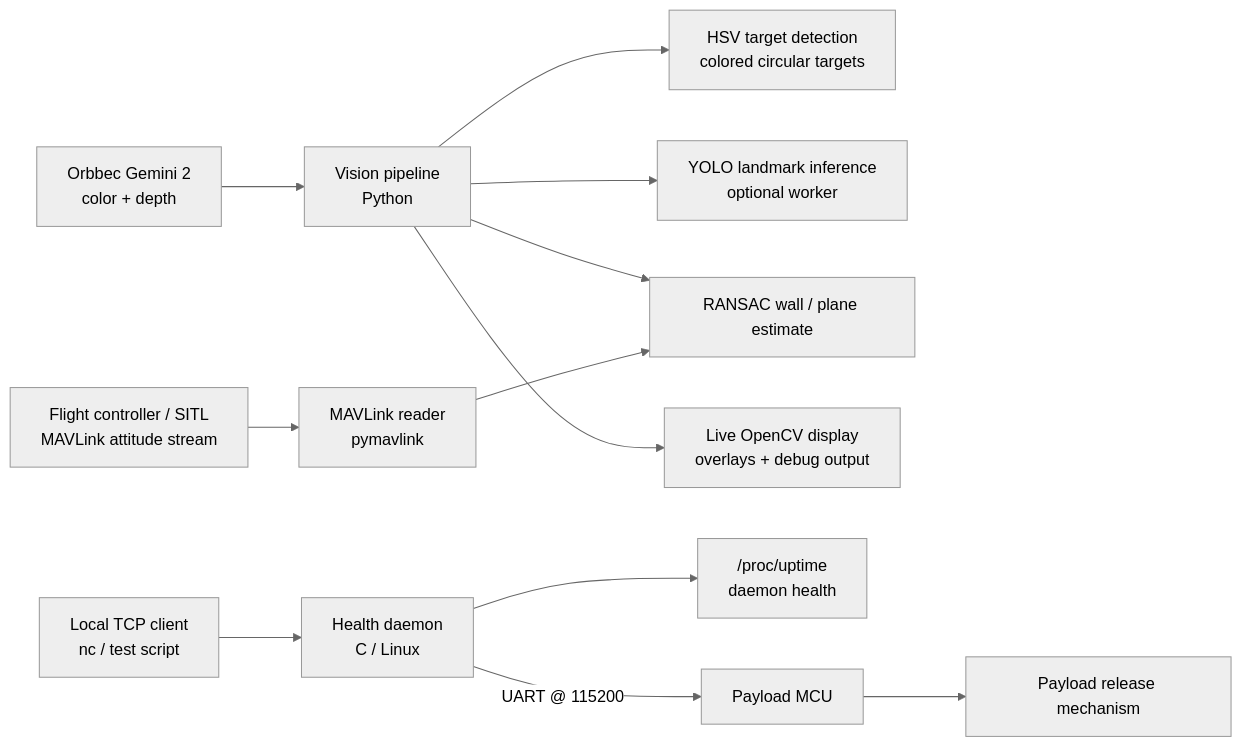
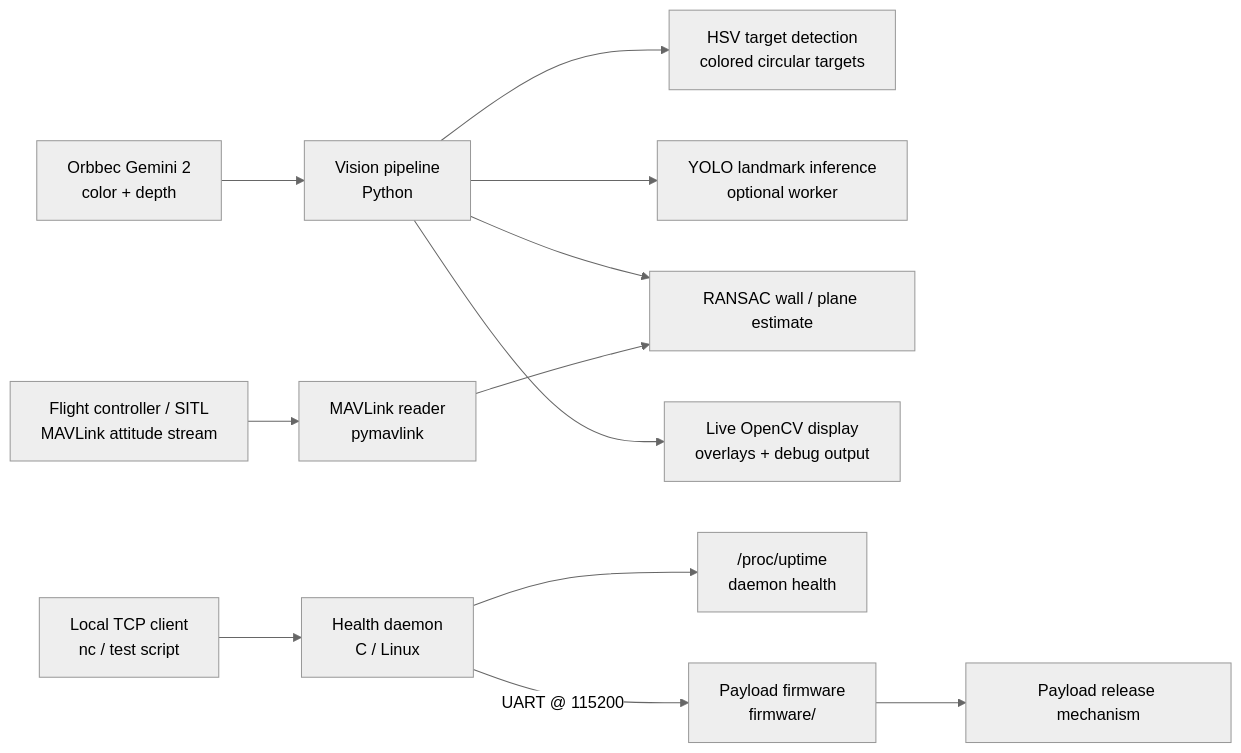
Before and after one commit to vjhawar12/drone-onboard-systems: the diagram in README.md, drawn with Mermaid (neutral theme). The commit also changed other lines of this file, not shown here.

Commit message:
docs: include firmware folder in top-level README

````diff
--- a/README.md
+++ b/README.md
@@ -38,15 +41,15 @@
 ```mermaid
 flowchart LR
     Camera["Orbbec Gemini 2<br/>color + depth"] --> Vision["Vision pipeline<br/>Python"]
     Vision --> Segmentation["HSV target detection<br/>colored circular targets"]
     Vision --> YOLO["YOLO landmark inference<br/>optional worker"]
     Vision --> RANSAC["RANSAC wall / plane estimate"]
     FlightController["Flight controller / SITL<br/>MAVLink attitude stream"] --> MAVLink["MAVLink reader<br/>pymavlink"]
     MAVLink --> RANSAC
     Vision --> Display["Live OpenCV display<br/>overlays + debug output"]
 
     Client["Local TCP client<br/>nc / test script"] --> HealthD["Health daemon<br/>C / Linux"]
     HealthD --> Linux["/proc/uptime<br/>daemon health"]
-    HealthD -->|UART @ 115200| MCU["Payload MCU"]
-    MCU --> Payload["Payload release mechanism"]
+    HealthD -->|UART @ 115200| PayloadFirmware["Payload firmware<br/>firmware/"]
+    PayloadFirmware --> Payload["Payload release mechanism"]
 ```
````
